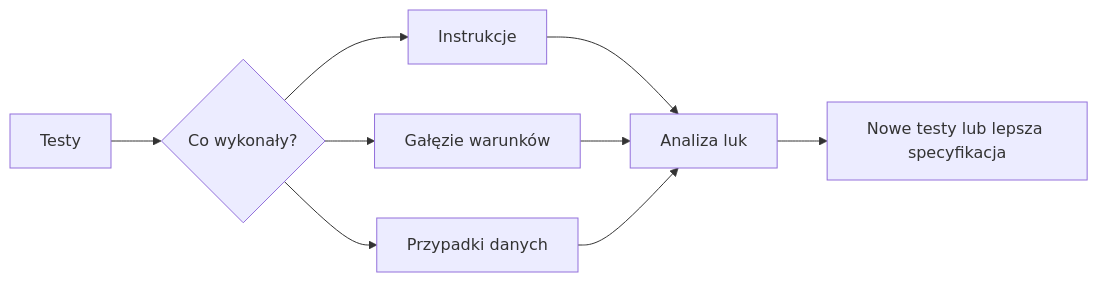
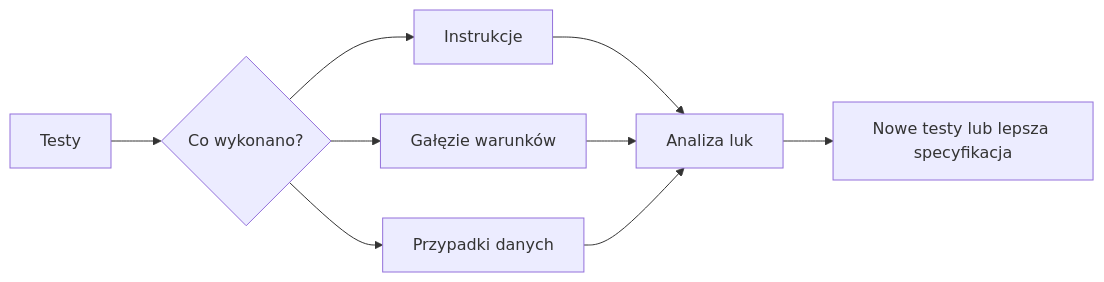
The second of 2 diagrams in src/01-organizacja/04-obliczenia-i-testy/README.md (tborzyszkowski/warsztat-programisty-pjatk), drawn with Mermaid before and after one commit. The commit also changed other lines of this file and 17 other files, not shown here.

````diff
--- a/src/01-organizacja/04-obliczenia-i-testy/README.md
+++ b/src/01-organizacja/04-obliczenia-i-testy/README.md
@@ -192,11 +145,11 @@
 ```mermaid
 flowchart LR
-    A[Testy] --> B{Co wykonały?}
+    A[Testy] --> B{Co wykonano?}
     B --> C[Instrukcje]
     B --> D[Gałęzie warunków]
     B --> E[Przypadki danych]
     C --> F[Analiza luk]
     D --> F
     E --> F
     F --> G[Nowe testy lub lepsza specyfikacja]
 ```
````
